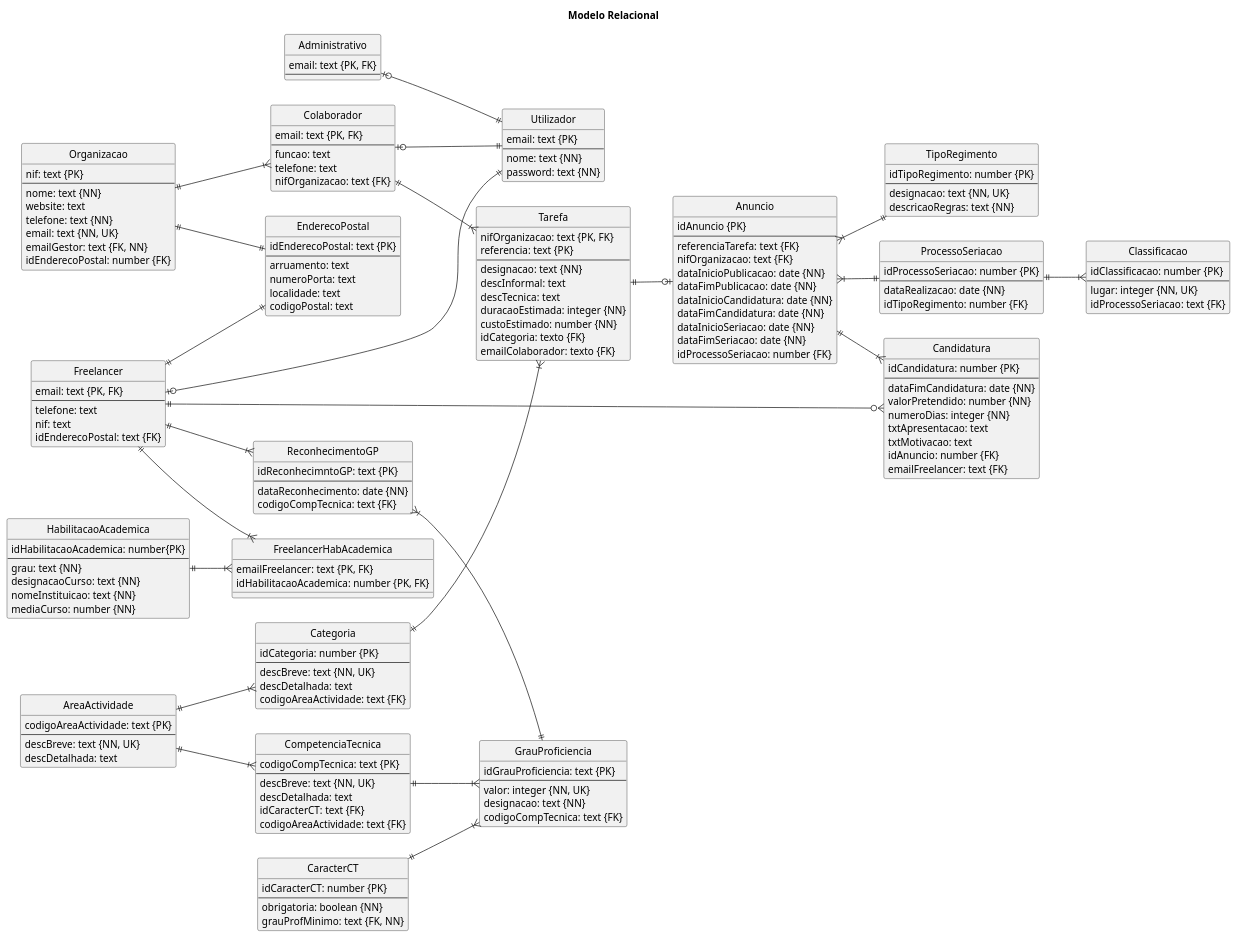
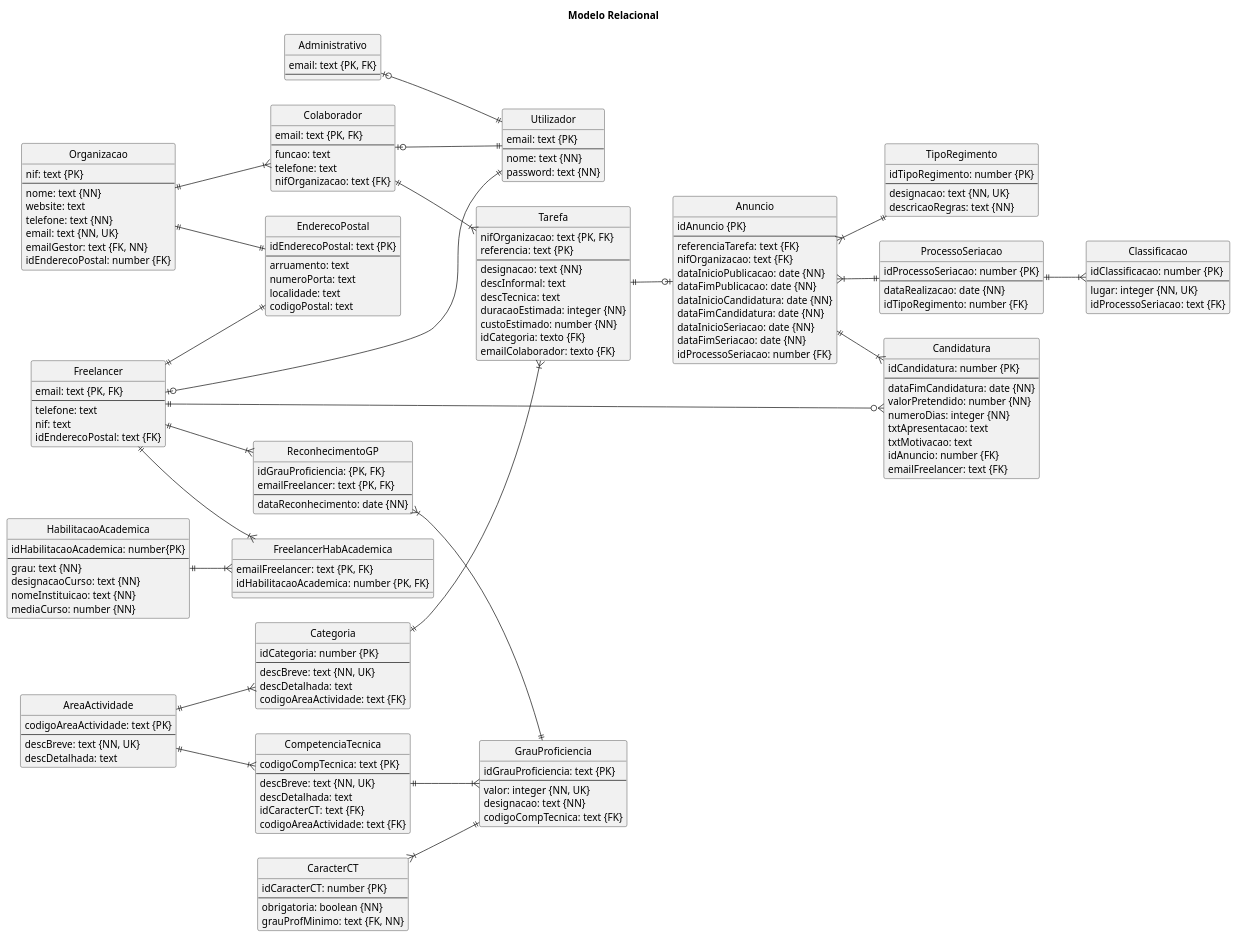
The diagram in BaseDados/Modelo_Relacional.puml (blestonbandeiraUPSKILL/upskill_java1_labprg_grupo2), drawn with PlantUML before and after one commit. The commit also changed 25 other files, not shown here.

```diff
--- a/BaseDados/Modelo_Relacional.puml
+++ b/BaseDados/Modelo_Relacional.puml
@@ -157,11 +157,12 @@
 }
 
 entity "ReconhecimentoGP" {
-    idReconhecimntoGP: text {PK}
+    idGrauProficiencia: {PK, FK}
+    emailFreelancer: text {PK, FK}
     --
     dataReconhecimento: date {NN}
-    codigoCompTecnica: text {FK}
 }
+   
 
 entity "FreelancerHabAcademica" {
     emailFreelancer: text {PK, FK}
@@ -196,7 +197,7 @@
 HabilitacaoAcademica ||--|{ FreelancerHabAcademica
 Freelancer ||--|{ ReconhecimentoGP
 ReconhecimentoGP }|--|| GrauProficiencia
-CaracterCT ||--|{ GrauProficiencia
+CaracterCT }|--|| GrauProficiencia
 
 
 @enduml
```
